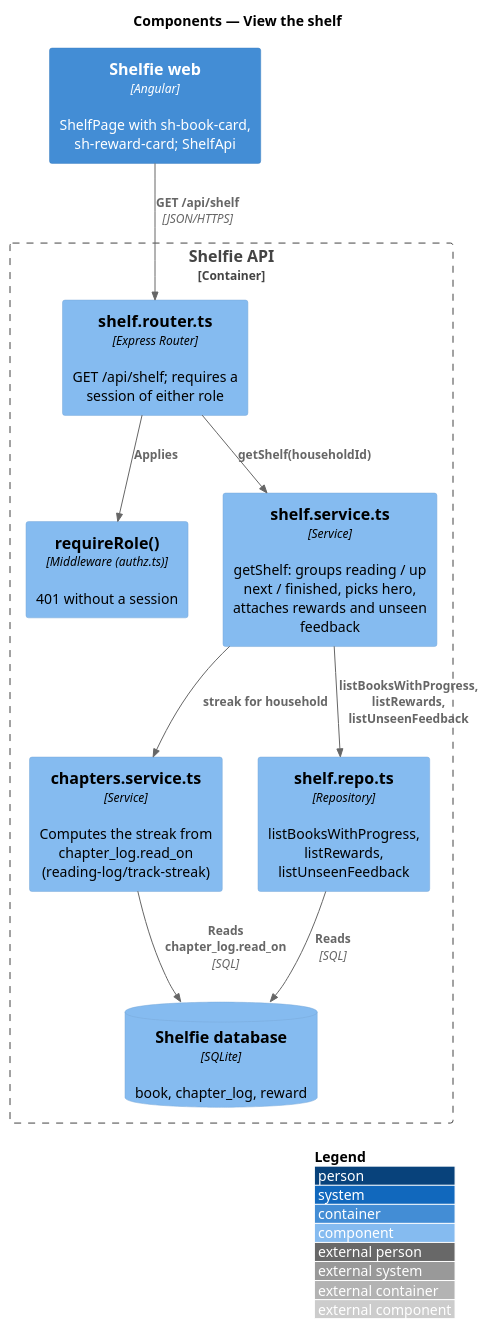
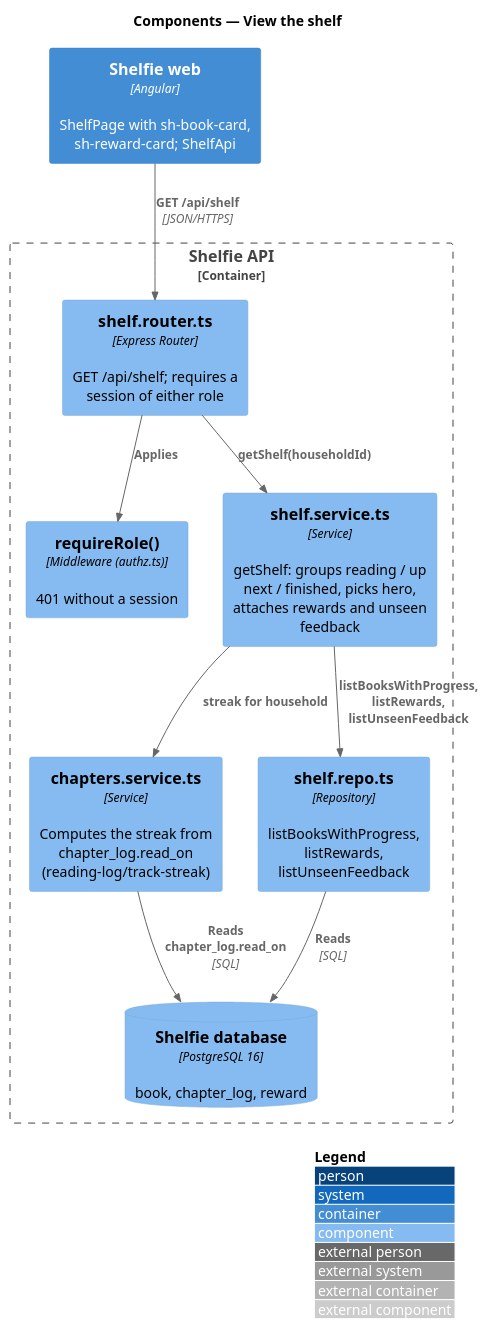
The diagram in docs/detailed-designs/books/view-shelf/diagrams/c4-component.puml (QuinntyneBrown/shelfie), drawn with PlantUML before and after one commit. The commit also changed 222 other files, not shown here.

First line of the commit message:
Require a managed PostgreSQL database and data protection for a public Shelfie

```diff
--- a/docs/detailed-designs/books/view-shelf/diagrams/c4-component.puml
+++ b/docs/detailed-designs/books/view-shelf/diagrams/c4-component.puml
@@ -1,22 +1,22 @@
 @startuml
 !include <C4/C4_Component>
 LAYOUT_WITH_LEGEND()
 title Components — View the shelf
 
 Container(web, "Shelfie web", "Angular", "ShelfPage with sh-book-card, sh-reward-card; ShelfApi")
 Container_Boundary(api, "Shelfie API") {
   Component(router, "shelf.router.ts", "Express Router", "GET /api/shelf; requires a session of either role")
   Component(authz, "requireRole()", "Middleware (authz.ts)", "401 without a session")
   Component(service, "shelf.service.ts", "Service", "getShelf: groups reading / up next / finished, picks hero, attaches rewards and unseen feedback")
   Component(chapters, "chapters.service.ts", "Service", "Computes the streak from chapter_log.read_on (reading-log/track-streak)")
   Component(repo, "shelf.repo.ts", "Repository", "listBooksWithProgress, listRewards, listUnseenFeedback")
-  ComponentDb(db, "Shelfie database", "SQLite", "book, chapter_log, reward")
+  ComponentDb(db, "Shelfie database", "PostgreSQL 16", "book, chapter_log, reward")
 }
 Rel(web, router, "GET /api/shelf", "JSON/HTTPS")
 Rel(router, authz, "Applies")
 Rel(router, service, "getShelf(householdId)")
 Rel(service, chapters, "streak for household")
 Rel(service, repo, "listBooksWithProgress, listRewards, listUnseenFeedback")
 Rel(repo, db, "Reads", "SQL")
 Rel(chapters, db, "Reads chapter_log.read_on", "SQL")
 @enduml
```
